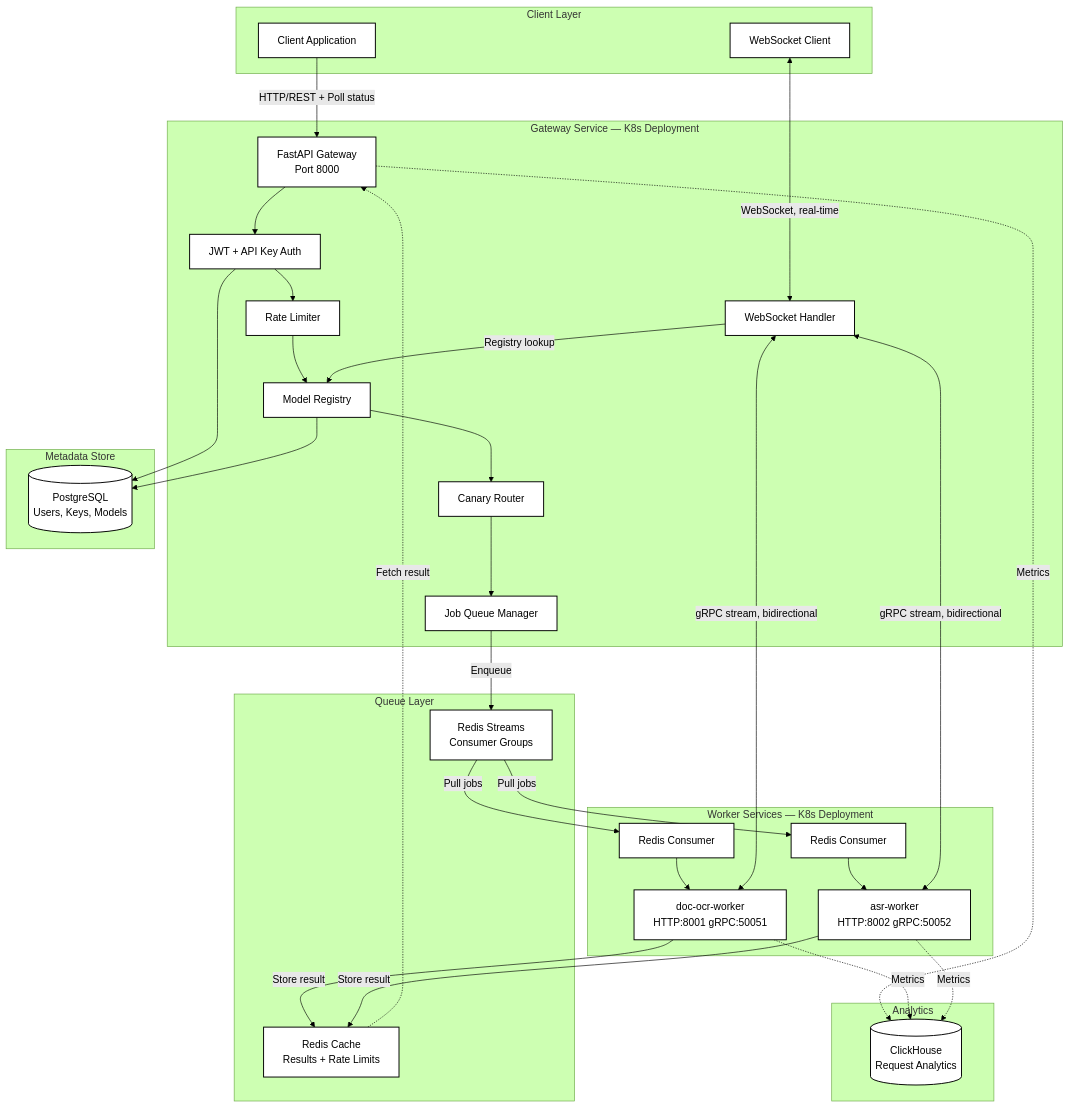
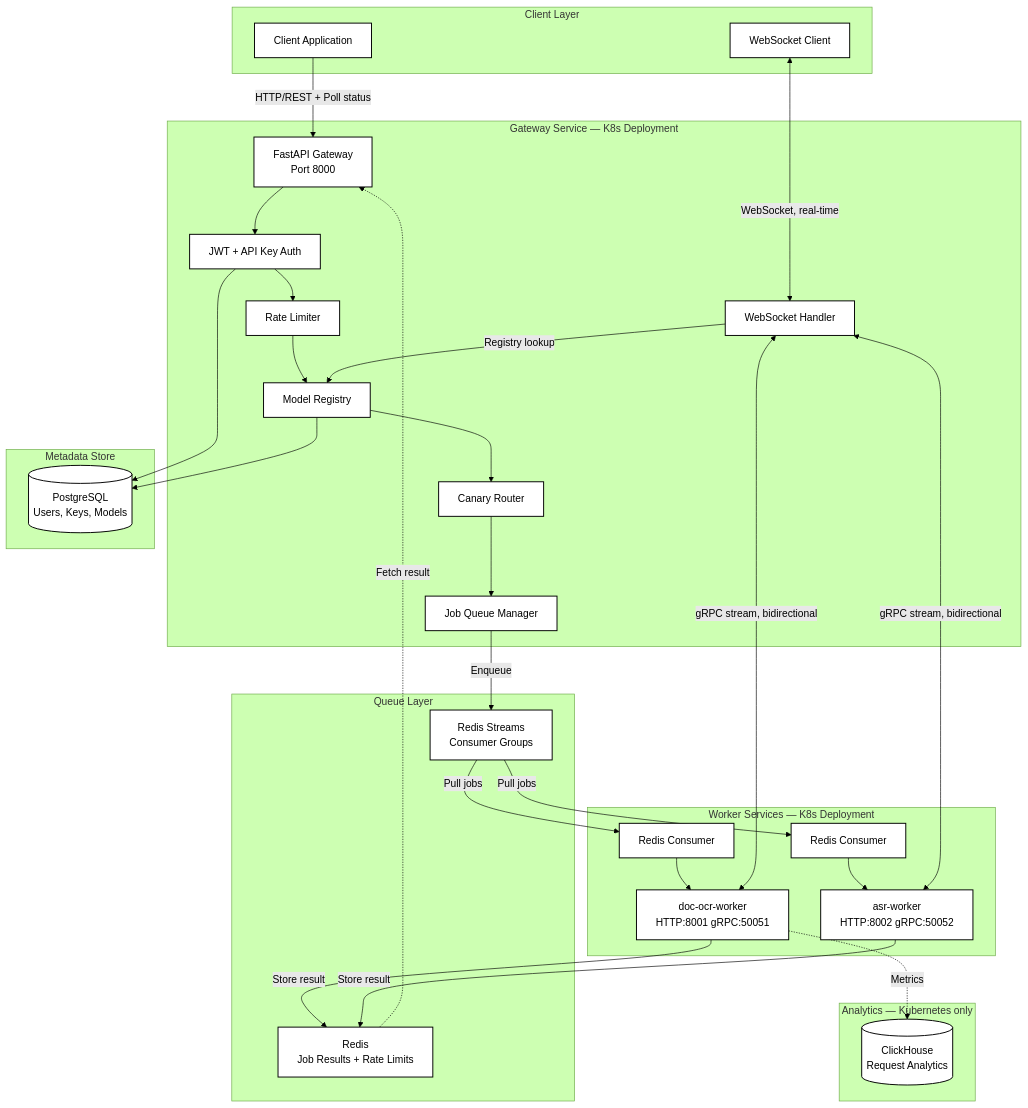
The diagram in README.md (adityagupta000/ModelMesh), drawn with Mermaid (forest theme) before and after one commit. The commit also changed other lines of this file and 7 other files, not shown here.

````diff
--- a/README.md
+++ b/README.md
@@ -63,72 +63,70 @@
 ```mermaid
 graph TB
     subgraph "Client Layer"
         Client[Client Application]
         WSClient[WebSocket Client]
     end
 
     subgraph "Gateway Service — K8s Deployment"
         Gateway[FastAPI Gateway<br/>Port 8000]
         Auth[JWT + API Key Auth]
         RateLimit[Rate Limiter]
         Registry[Model Registry]
         Canary[Canary Router]
         JobQueue[Job Queue Manager]
         WSHandler[WebSocket Handler]
     end
 
     subgraph "Metadata Store"
         Postgres[(PostgreSQL<br/>Users, Keys, Models)]
     end
 
     subgraph "Queue Layer"
         RedisStreams[Redis Streams<br/>Consumer Groups]
-        RedisCache[Redis Cache<br/>Results + Rate Limits]
+        RedisStore[Redis<br/>Job Results + Rate Limits]
     end
 
     subgraph "Worker Services — K8s Deployment"
         Consumer1[Redis Consumer]
         Consumer2[Redis Consumer]
         DocOCR[doc-ocr-worker<br/>HTTP:8001 gRPC:50051]
         ASR[asr-worker<br/>HTTP:8002 gRPC:50052]
     end
 
-    subgraph "Analytics"
+    subgraph "Analytics — Kubernetes only"
         ClickHouse[(ClickHouse<br/>Request Analytics)]
     end
 
     %% Client entry
     Client -->|"HTTP/REST + Poll status"| Gateway
     WSClient <-->|"WebSocket, real-time"| WSHandler
 
     %% Gateway internal flow
     Gateway --> Auth --> RateLimit --> Registry --> Canary --> JobQueue
 
     %% Gateway to metadata store
     Auth --> Postgres
     Registry --> Postgres
 
     %% Async job path
     JobQueue -->|Enqueue| RedisStreams
     RedisStreams -->|Pull jobs| Consumer1
     RedisStreams -->|Pull jobs| Consumer2
     Consumer1 --> DocOCR
     Consumer2 --> ASR
 
     %% Results + cache
-    DocOCR -->|"Store result"| RedisCache
-    ASR -->|"Store result"| RedisCache
-    RedisCache -.->|"Fetch result"| Gateway
+    DocOCR -->|"Store result"| RedisStore
+    ASR -->|"Store result"| RedisStore
+    RedisStore -.->|"Fetch result"| Gateway
 
     %% Streaming path
     WSHandler -->|"Registry lookup"| Registry
     WSHandler <-->|"gRPC stream, bidirectional"| DocOCR
     WSHandler <-->|"gRPC stream, bidirectional"| ASR
 
     %% Metrics
-    Gateway -.->|Metrics| ClickHouse
     DocOCR -.->|Metrics| ClickHouse
-    ASR -.->|Metrics| ClickHouse
 
     classDef default fill:#ffffff,stroke:#000000,stroke-width:1.5px,color:#000000
 ```
````
